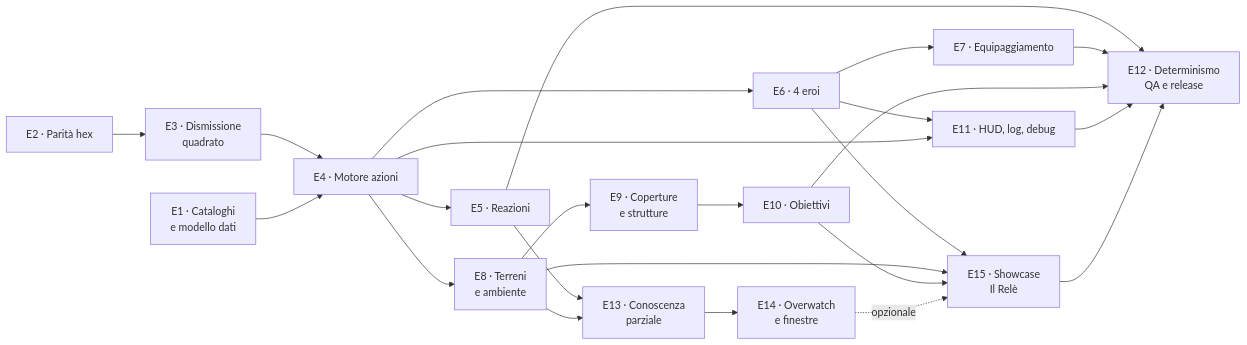
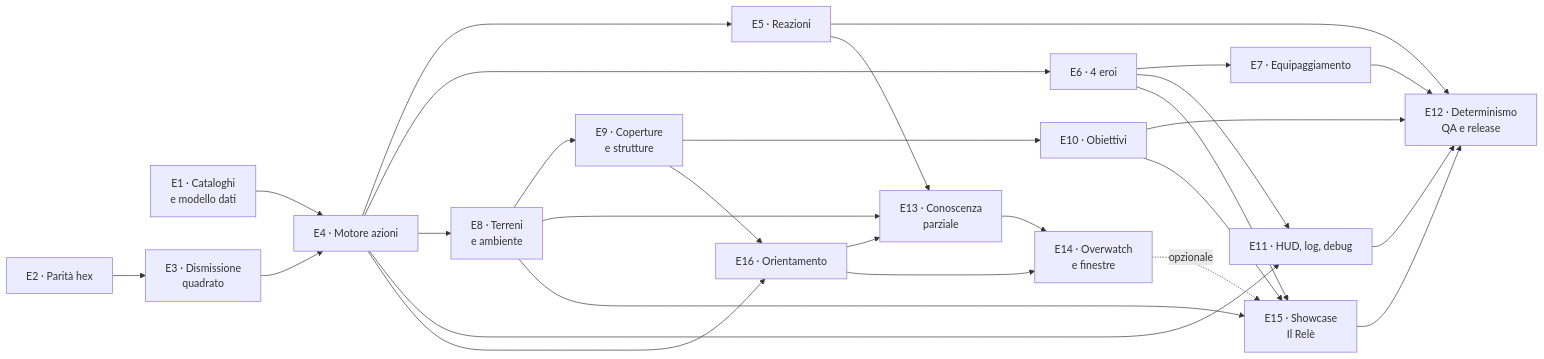
The first of 2 diagrams in docs/design/roadmap-v0.1.md (DegrassiAaron/refactor-tactics-main), drawn with Mermaid before and after one commit. The commit also changed other lines of this file and 5 other files, not shown here.

````diff
--- a/docs/design/roadmap-v0.1.md
+++ b/docs/design/roadmap-v0.1.md
@@ -190,37 +192,41 @@
 ```mermaid
 flowchart LR
     E1[E1 · Cataloghi<br/>e modello dati]
     E2[E2 · Parità hex]
     E3[E3 · Dismissione<br/>quadrato]
     E4[E4 · Motore azioni]
     E5[E5 · Reazioni]
     E6[E6 · 4 eroi]
     E7[E7 · Equipaggiamento]
     E8[E8 · Terreni<br/>e ambiente]
     E9[E9 · Coperture<br/>e strutture]
     E10[E10 · Obiettivi]
     E11[E11 · HUD, log, debug]
     E12[E12 · Determinismo<br/>QA e release]
     E13[E13 · Conoscenza<br/>parziale]
     E14[E14 · Overwatch<br/>e finestre]
     E15[E15 · Showcase<br/>Il Relè]
+    E16[E16 · Orientamento]
 
     E2 --> E3 --> E4
     E1 --> E4
     E4 --> E5
     E4 --> E6 --> E7
     E4 --> E8 --> E9 --> E10
     E6 --> E11
     E4 --> E11
     E5 --> E12
     E7 --> E12
     E10 --> E12
     E11 --> E12
+    E4 --> E16 --> E13
+    E9 --> E16
+    E16 --> E14
     E5 --> E13
     E8 --> E13 --> E14
     E6 --> E15
     E8 --> E15
     E10 --> E15
     E14 -.opzionale.-> E15
     E15 --> E12
 ```
````
